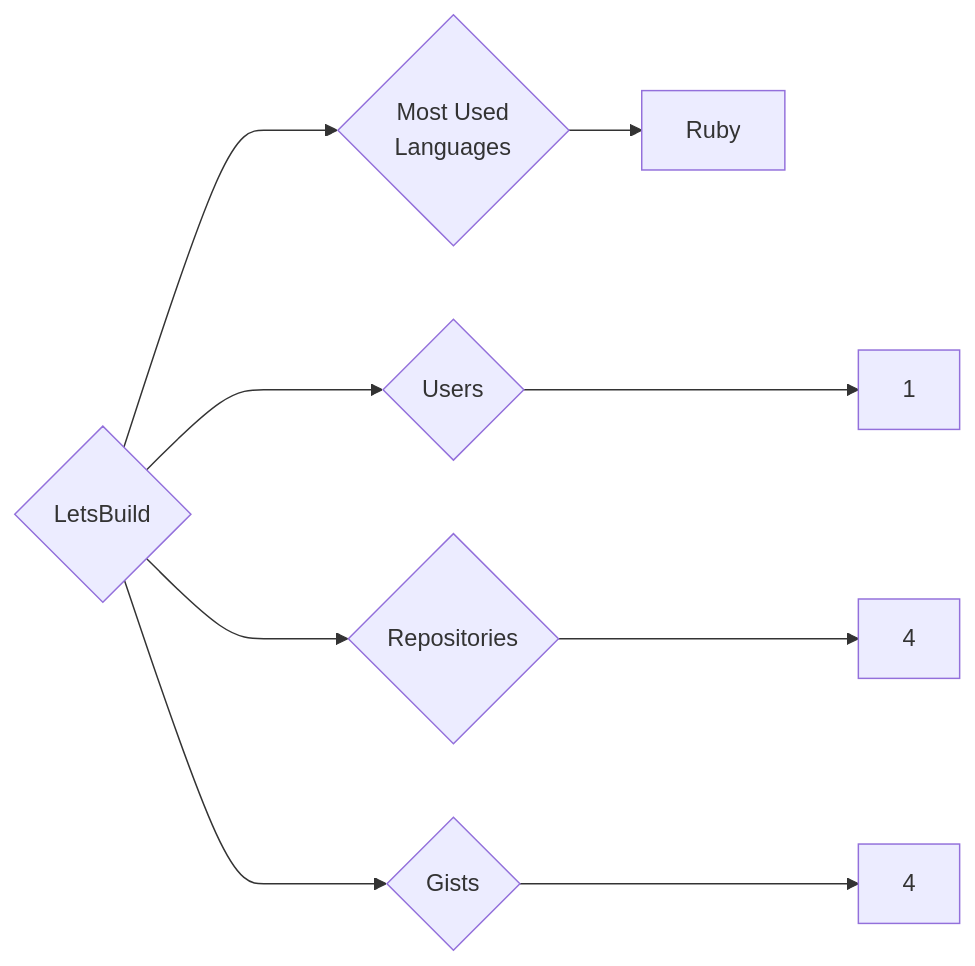
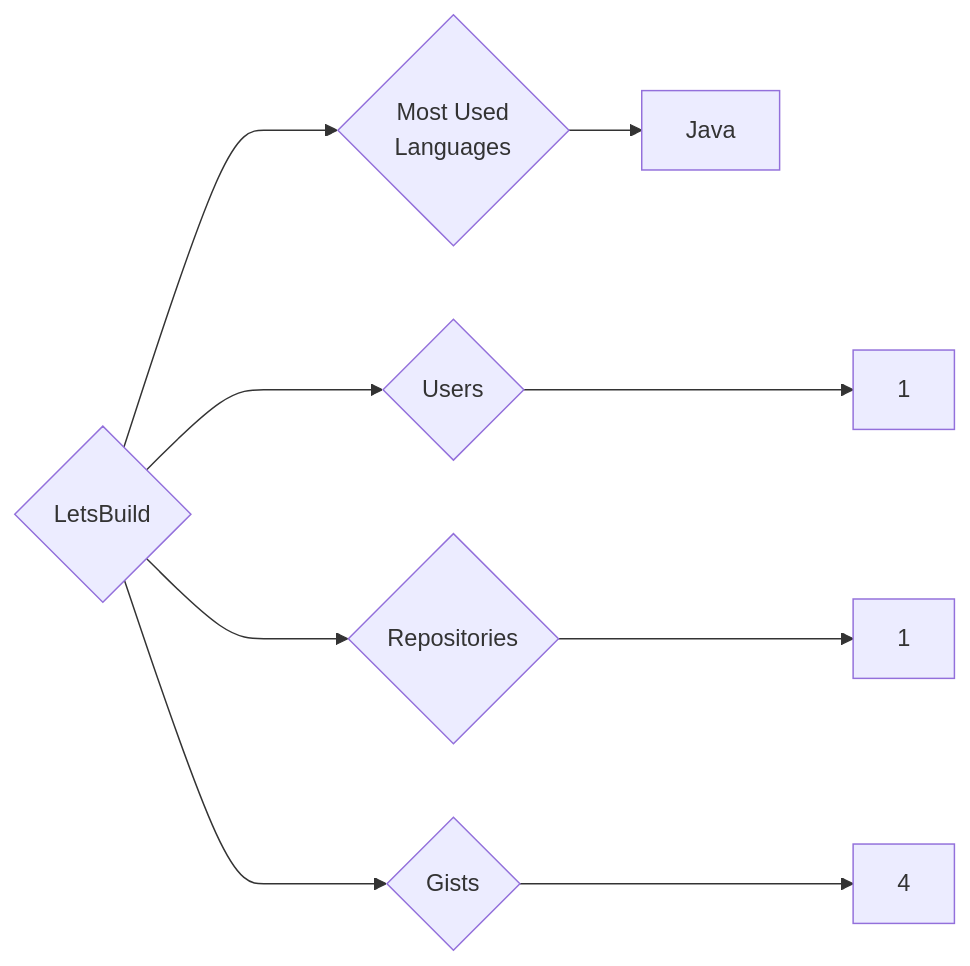
One commit to trickest/insiders changed the diagram in targets/LetsBuild/README.md. Above: the diagram before and after it, drawn with Mermaid. The commit also changed 951 other files, not shown here.

````diff
--- a/targets/LetsBuild/README.md
+++ b/targets/LetsBuild/README.md
@@ -3,9 +3,9 @@
 ```mermaid
 graph LR
 COMPANY_NAME{LetsBuild}
 COMPANY_NAME ---> U{Users} ---> UN[1]
-COMPANY_NAME ---> R{Repositories} ---> RN[4]
+COMPANY_NAME ---> R{Repositories} ---> RN[1]
 COMPANY_NAME ---> G{Gists} ---> GN[4]
 COMPANY_NAME ---> ML{Most Used<br>Languages}
-ML --> Ruby[Ruby]
+ML --> Java[Java]
 ```
````
